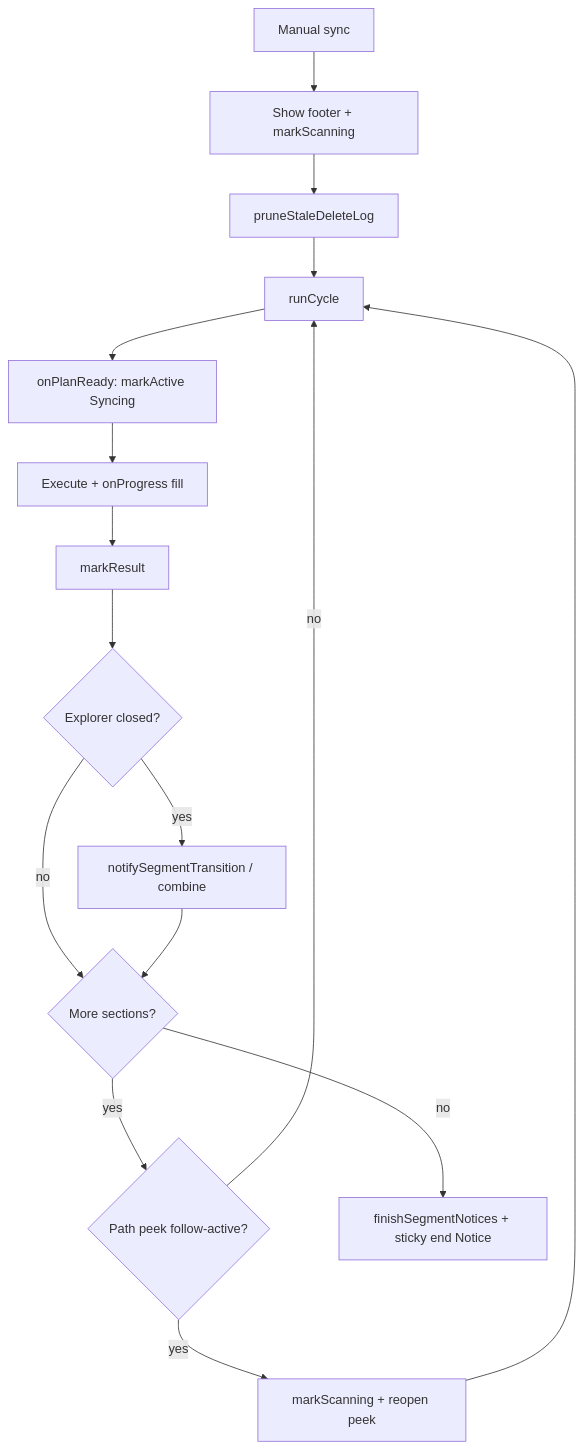
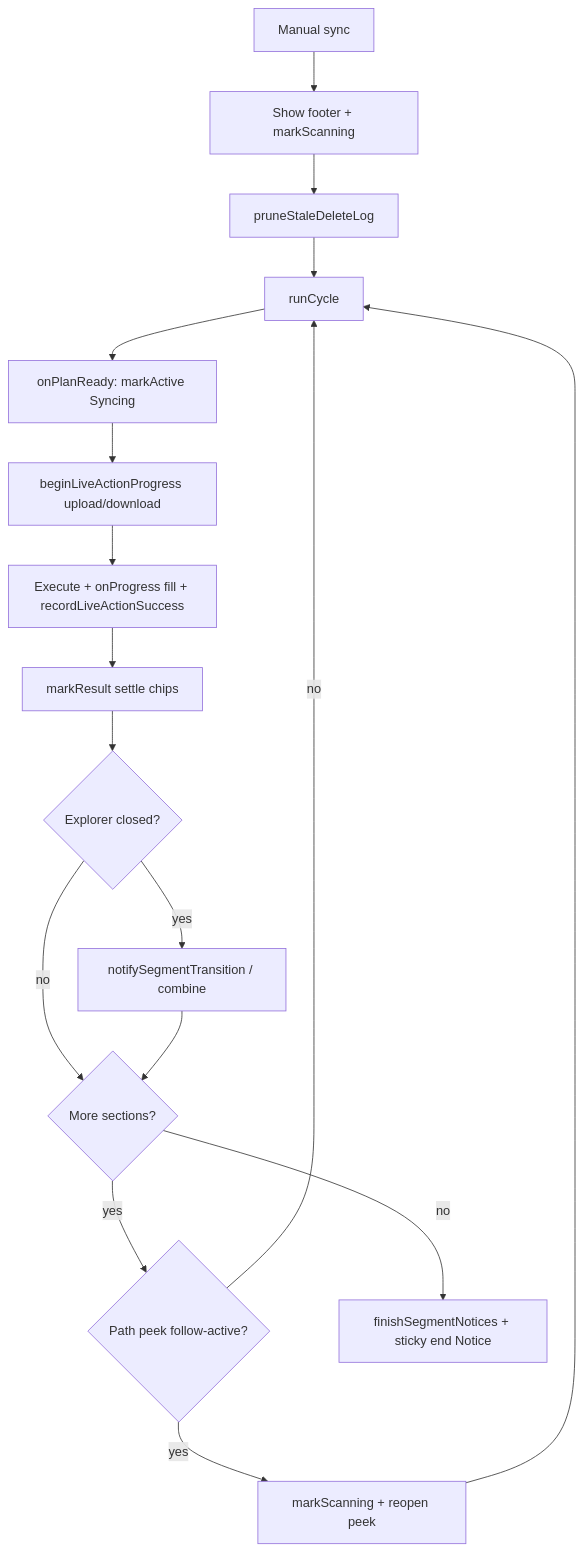
One commit to daledesilva/obsidian-dropbox-sync changed the first of 4 diagrams in docs/manual-sync-section-progress.md. Above: the diagram before and after it, drawn with Mermaid. The commit also changed other lines of this file and 20 other files, not shown here.

````diff
--- a/docs/manual-sync-section-progress.md
+++ b/docs/manual-sync-section-progress.md
@@ -28,18 +31,19 @@
 ```mermaid
 flowchart TD
   Start[Manual sync] --> Footer[Show footer + markScanning]
   Footer --> Prune[pruneStaleDeleteLog]
   Prune --> Cycle[runCycle]
   Cycle --> PlanReady[onPlanReady: markActive Syncing]
-  PlanReady --> Exec[Execute + onProgress fill]
-  Exec --> Result[markResult]
+  PlanReady --> LiveChips[beginLiveActionProgress upload/download]
+  LiveChips --> Exec[Execute + onProgress fill + recordLiveActionSuccess]
+  Exec --> Result[markResult settle chips]
   Result --> Notice{Explorer closed?}
   Notice -->|yes| SegNotice[notifySegmentTransition / combine]
   Notice -->|no| Next
   SegNotice --> Next{More sections?}
   Next -->|yes| Follow{Path peek follow-active?}
   Follow -->|yes| FooterPeek[markScanning + reopen peek]
   Follow -->|no| Cycle
   FooterPeek --> Cycle
   Next -->|no| Done[finishSegmentNotices + sticky end Notice]
 ```
````
